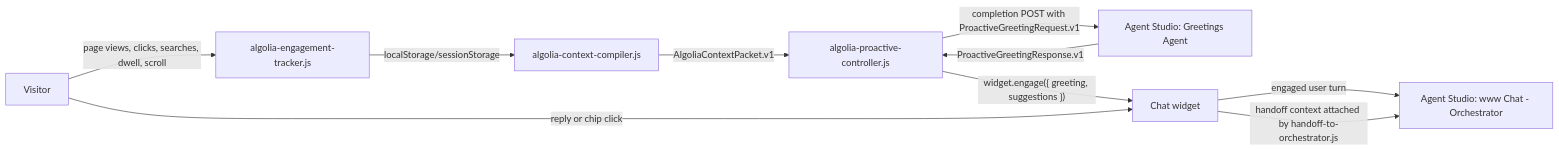
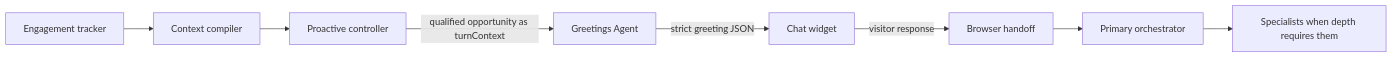
Before and after one commit to arijitchowdhury80/content-engagement: the diagram in docs/design/search-experience/discovery-engagement/ALGOLIA-PROACTIVE-GREETING-AGENT.md, drawn with Mermaid. The commit also changed other lines of this file and 155 other files, not shown here.

````diff
--- a/docs/design/search-experience/discovery-engagement/ALGOLIA-PROACTIVE-GREETING-AGENT.md
+++ b/docs/design/search-experience/discovery-engagement/ALGOLIA-PROACTIVE-GREETING-AGENT.md
@@ -13,20 +9,10 @@
 ```mermaid
 flowchart LR
-  Visitor["Visitor"]
-  Tracker["algolia-engagement-tracker.js"]
-  Compiler["algolia-context-compiler.js"]
-  Controller["algolia-proactive-controller.js"]
-  GreetingAgent["Agent Studio: Greetings Agent"]
-  Widget["Chat widget"]
-  Orchestrator["Agent Studio: www Chat - Orchestrator"]
-
-  Visitor -->|"page views, clicks, searches, dwell, scroll"| Tracker
-  Tracker -->|"localStorage/sessionStorage"| Compiler
-  Compiler -->|"AlgoliaContextPacket.v1"| Controller
-  Controller -->|"completion POST with ProactiveGreetingRequest.v1"| GreetingAgent
-  GreetingAgent -->|"ProactiveGreetingResponse.v1"| Controller
-  Controller -->|"widget.engage({ greeting, suggestions })"| Widget
-  Visitor -->|"reply or chip click"| Widget
-  Widget -->|"engaged user turn"| Orchestrator
-  Widget -->|"handoff context attached by handoff-to-orchestrator.js"| Orchestrator
+  Tracker["Engagement tracker"] --> Compiler["Context compiler"]
+  Compiler --> Controller["Proactive controller"]
+  Controller -->|"qualified opportunity as turnContext"| Greeter["Greetings Agent"]
+  Greeter -->|"strict greeting JSON"| Widget["Chat widget"]
+  Widget -->|"visitor response"| Handoff["Browser handoff"]
+  Handoff --> Orchestrator["Primary orchestrator"]
+  Orchestrator --> Specialists["Specialists when depth requires them"]
 ```
````
